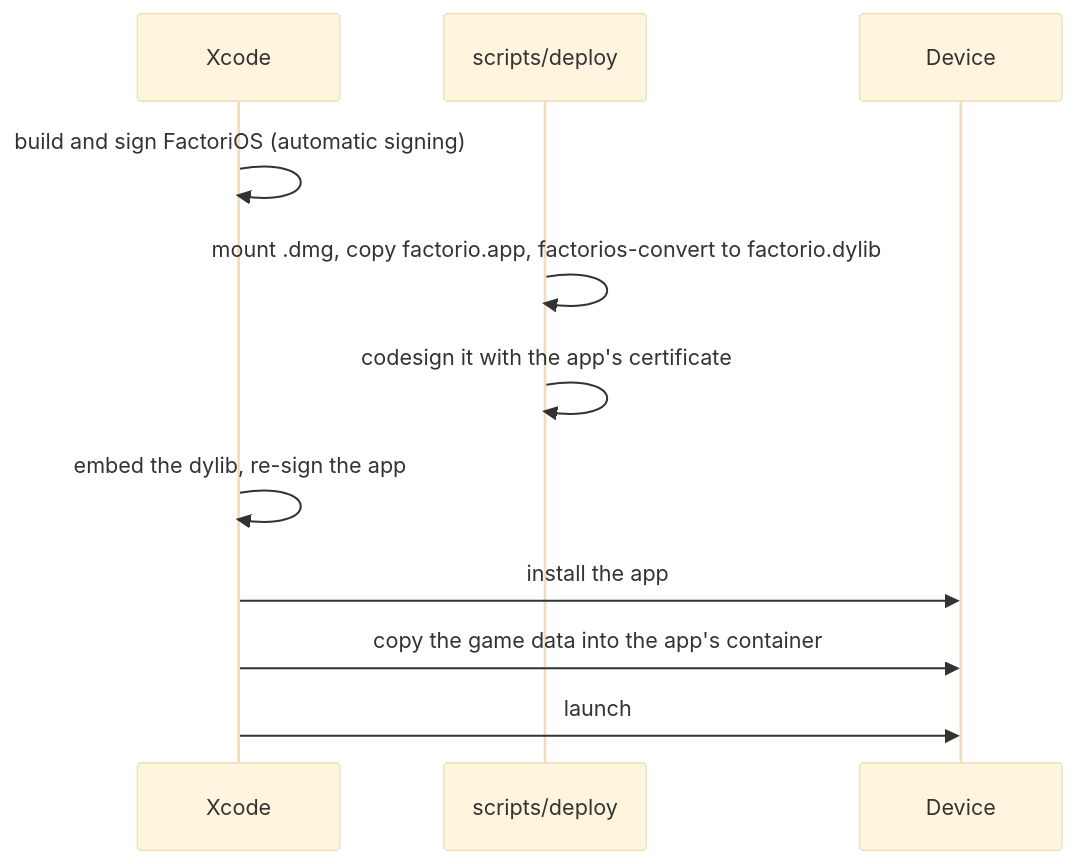
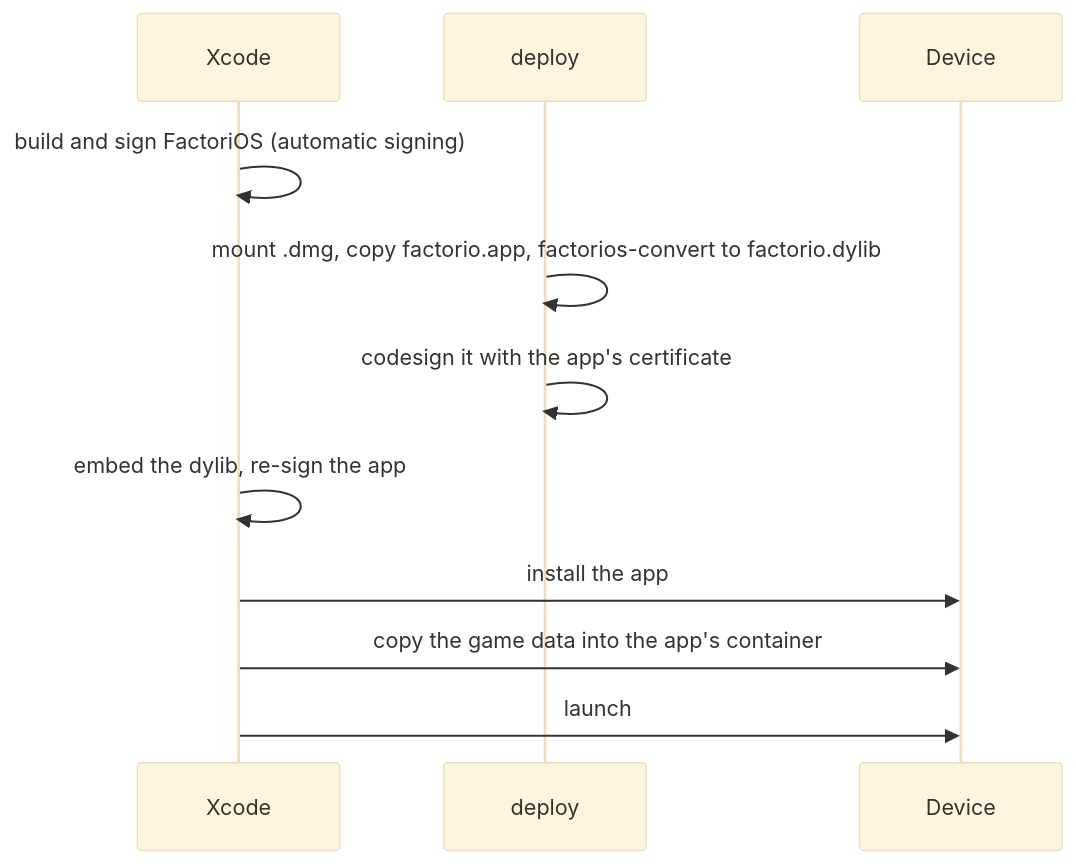
The second of 2 diagrams in docs/getting-started.md (klesersurovyj-a11y/factorios), drawn with Mermaid (base theme) before and after one commit. The commit also changed other lines of this file and 20 other files, not shown here.

````diff
--- a/docs/getting-started.md
+++ b/docs/getting-started.md
@@ -74,13 +62,13 @@
 ```mermaid
 sequenceDiagram
     participant X as Xcode
-    participant P as scripts/deploy
+    participant P as deploy
     participant D as Device
     X->>X: build and sign FactoriOS (automatic signing)
     P->>P: mount .dmg, copy factorio.app, factorios-convert to factorio.dylib
     P->>P: codesign it with the app's certificate
     X->>X: embed the dylib, re-sign the app
     X->>D: install the app
     X->>D: copy the game data into the app's container
     X->>D: launch
 ```
````
